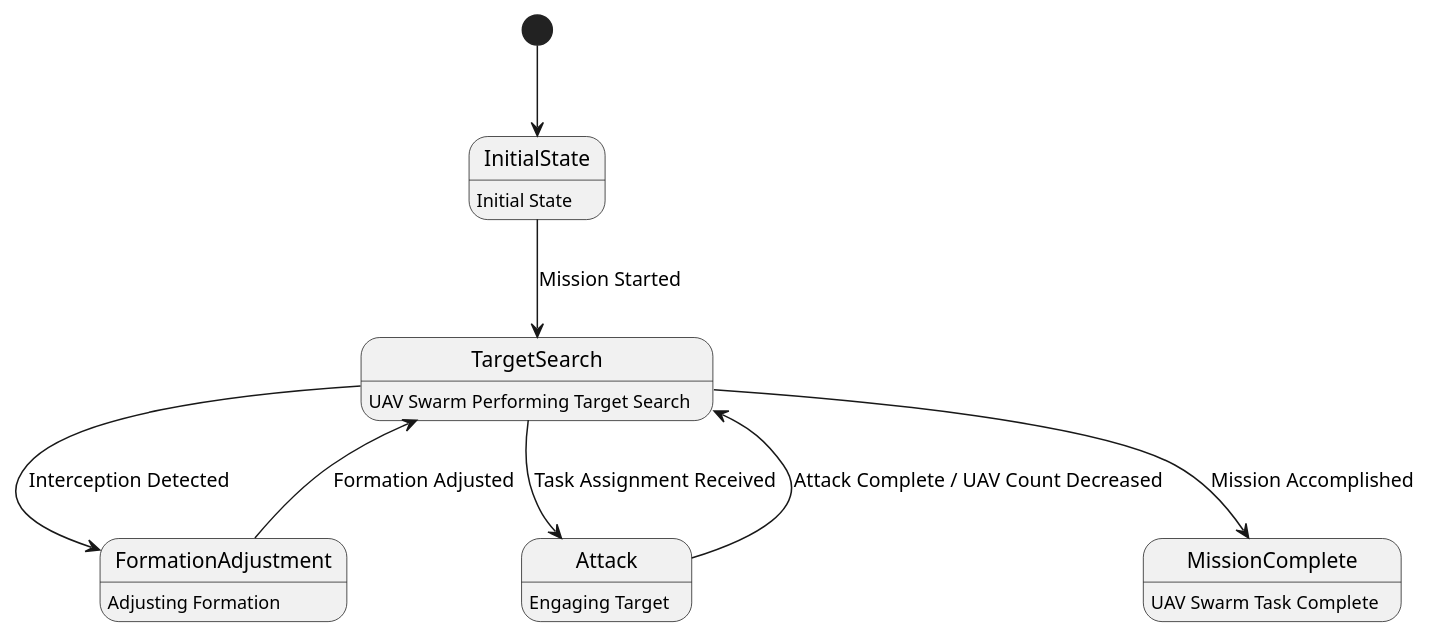
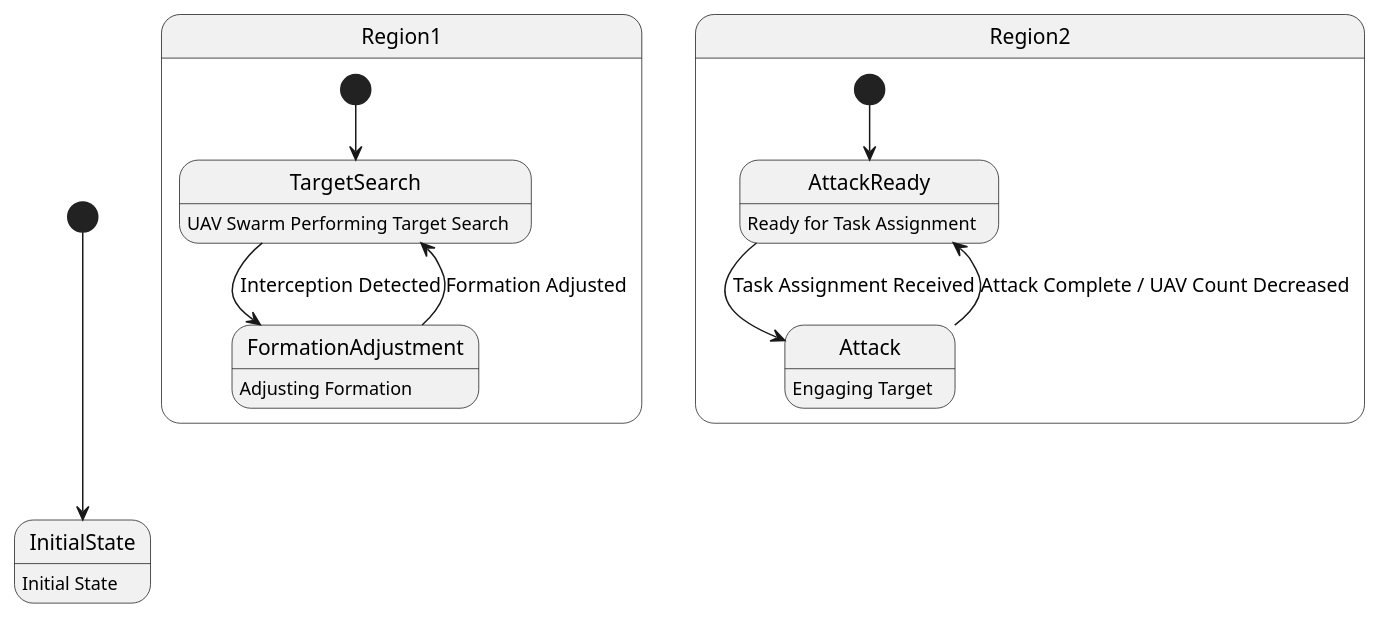
One commit to HansBug/research_ideas changed the diagram in project_1_llm_state_machine_modeling/paper_stm_repair/pipeline/representation/reports/llms_emp_r45_java_60/pairs/0036/README.md. Above: the diagram before and after it, drawn with PlantUML. The commit also changed other lines of this file and 622 other files, not shown here.

First line of the commit message:
fix(paper1): 切换Phase-II最终池并重建PlantUML转换证据

````diff
--- a/project_1_llm_state_machine_modeling/paper_stm_repair/pipeline/representation/reports/llms_emp_r45_java_60/pairs/0036/README.md
+++ b/project_1_llm_state_machine_modeling/paper_stm_repair/pipeline/representation/reports/llms_emp_r45_java_60/pairs/0036/README.md
@@ -28,23 +81,30 @@
 ```plantuml
 @startuml
 [*] --> InitialState
 InitialState : Initial State
 
-InitialState --> TargetSearch : Mission Started
+--
+
+state Region1 {
+[*] --> TargetSearch
 TargetSearch : UAV Swarm Performing Target Search
 
 TargetSearch --> FormationAdjustment : Interception Detected
 FormationAdjustment : Adjusting Formation
 
-TargetSearch --> Attack : Task Assignment Received
+FormationAdjustment --> TargetSearch : Formation Adjusted
+}
+
+--
+
+state Region2 {
+[*] --> AttackReady
+AttackReady : Ready for Task Assignment
+
+AttackReady --> Attack : Task Assignment Received
 Attack : Engaging Target
 
-Attack --> TargetSearch : Attack Complete / UAV Count Decreased
-
-FormationAdjustment --> TargetSearch : Formation Adjusted
-
-TargetSearch --> MissionComplete : Mission Accomplished
-MissionComplete : UAV Swarm Task Complete
-
+Attack --> AttackReady : Attack Complete / UAV Count Decreased
+}
 @enduml
 ```
````
